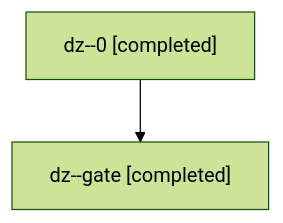
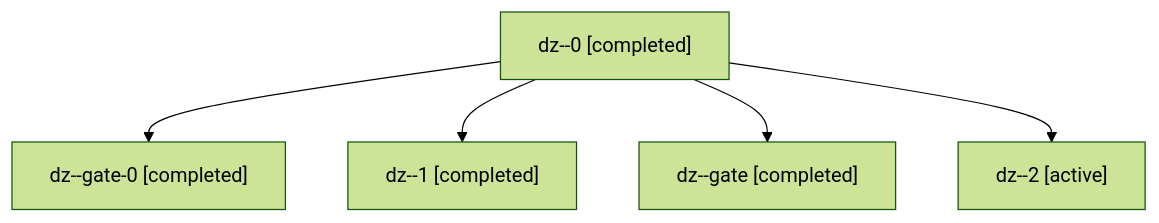
The diagram in sessions/bbugyi200.apollo.dz.md (bobs-org/bob-cli--agents), drawn with Mermaid (forest theme) before and after one commit. The commit also changed other lines of this file and 26 other files, not shown here.

````diff
--- a/sessions/bbugyi200.apollo.dz.md
+++ b/sessions/bbugyi200.apollo.dz.md
@@ -9,6 +9,12 @@
 ```mermaid
 flowchart TD
   n0["dz--0 [completed]"]
-  n1["dz--gate [completed]"]
+  n1["dz--gate-0 [completed]"]
   n0 --> n1
+  n2["dz--1 [completed]"]
+  n0 --> n2
+  n3["dz--gate [completed]"]
+  n0 --> n3
+  n4["dz--2 [active]"]
+  n0 --> n4
 ```
````
